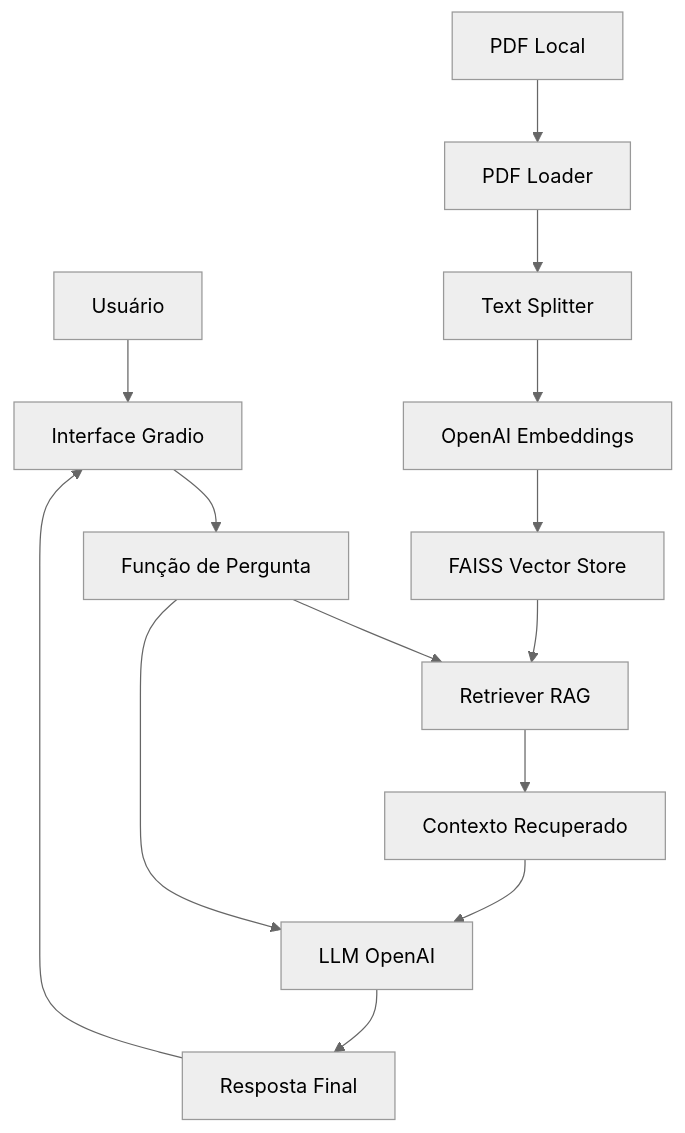
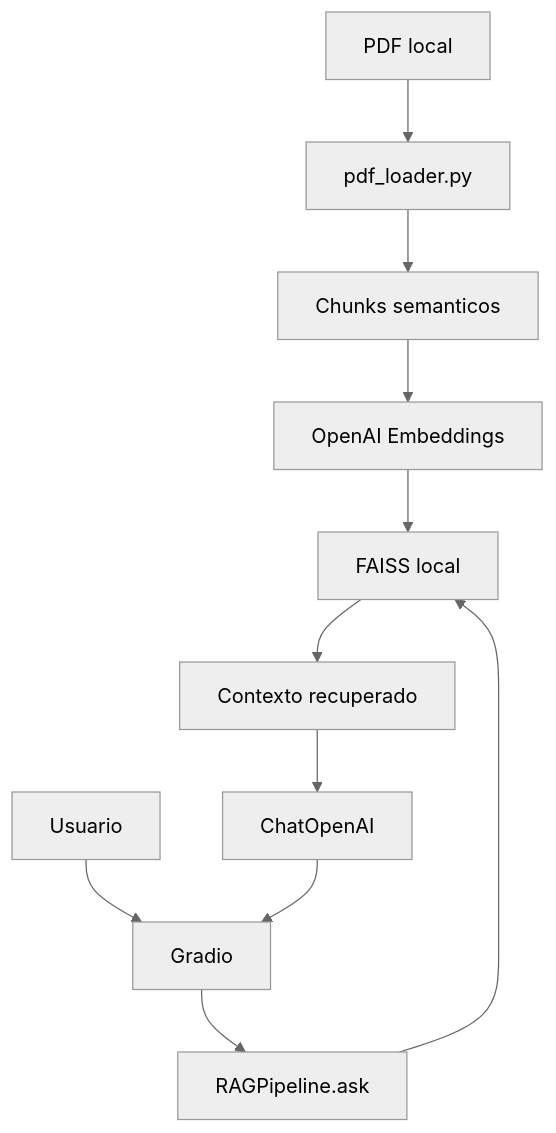
The diagram in docs/architecture.md (renanceron/MVP_ENG_SOF_IA_01_RAG), drawn with Mermaid (neutral theme) before and after one commit. The commit also changed other lines of this file and 14 other files, not shown here.

````diff
--- a/docs/architecture.md
+++ b/docs/architecture.md
@@ -25,20 +68,13 @@
 ```mermaid
-
 flowchart TD
-    A[Usuário] --> B[Interface Gradio]
-    B --> C[Função de Pergunta]
-    C --> D[Retriever RAG]
-
-    E[PDF Local] --> F[PDF Loader]
-    F --> G[Text Splitter]
-    G --> H[OpenAI Embeddings]
-    H --> I[FAISS Vector Store]
-
-    I --> D
-    D --> J[Contexto Recuperado]
-    J --> K[LLM OpenAI]
-    C --> K
-    K --> L[Resposta Final]
-    L --> B
-
+    A[PDF local] --> B[pdf_loader.py]
+    B --> C[Chunks semanticos]
+    C --> D[OpenAI Embeddings]
+    D --> E[FAISS local]
+    F[Usuario] --> G[Gradio]
+    G --> H[RAGPipeline.ask]
+    H --> E
+    E --> I[Contexto recuperado]
+    I --> J[ChatOpenAI]
+    J --> G
 ```
````
